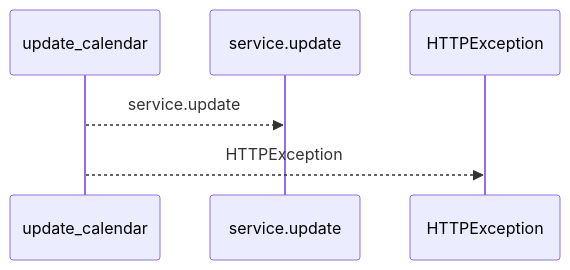
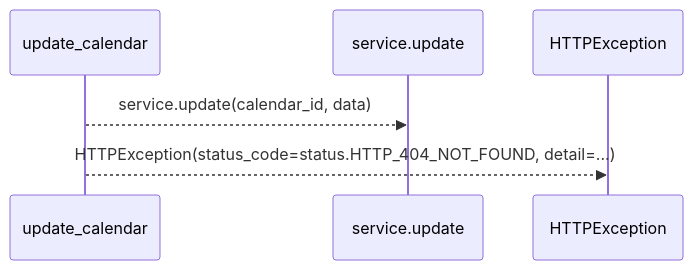
Before and after one commit to Denissvgn/WorkChord: the first of 2 diagrams in docs/llm_wiki/flows/http-update_calendar.md, drawn with Mermaid. The commit also changed other lines of this file and 25171 other files, not shown here.

````diff
--- a/docs/llm_wiki/flows/http-update_calendar.md
+++ b/docs/llm_wiki/flows/http-update_calendar.md
@@ -10,8 +12,8 @@
 ```mermaid
 sequenceDiagram
     participant p0 as update_calendar
     participant p1 as service.update
     participant p2 as HTTPException
-    p0-->>p1: service.update
-    p0-->>p2: HTTPException
+    p0-->>p1: service.update(calendar_id, data)
+    p0-->>p2: HTTPException(status_code=status.HTTP_404_NOT_FOUND, detail=...)
 ```
````
